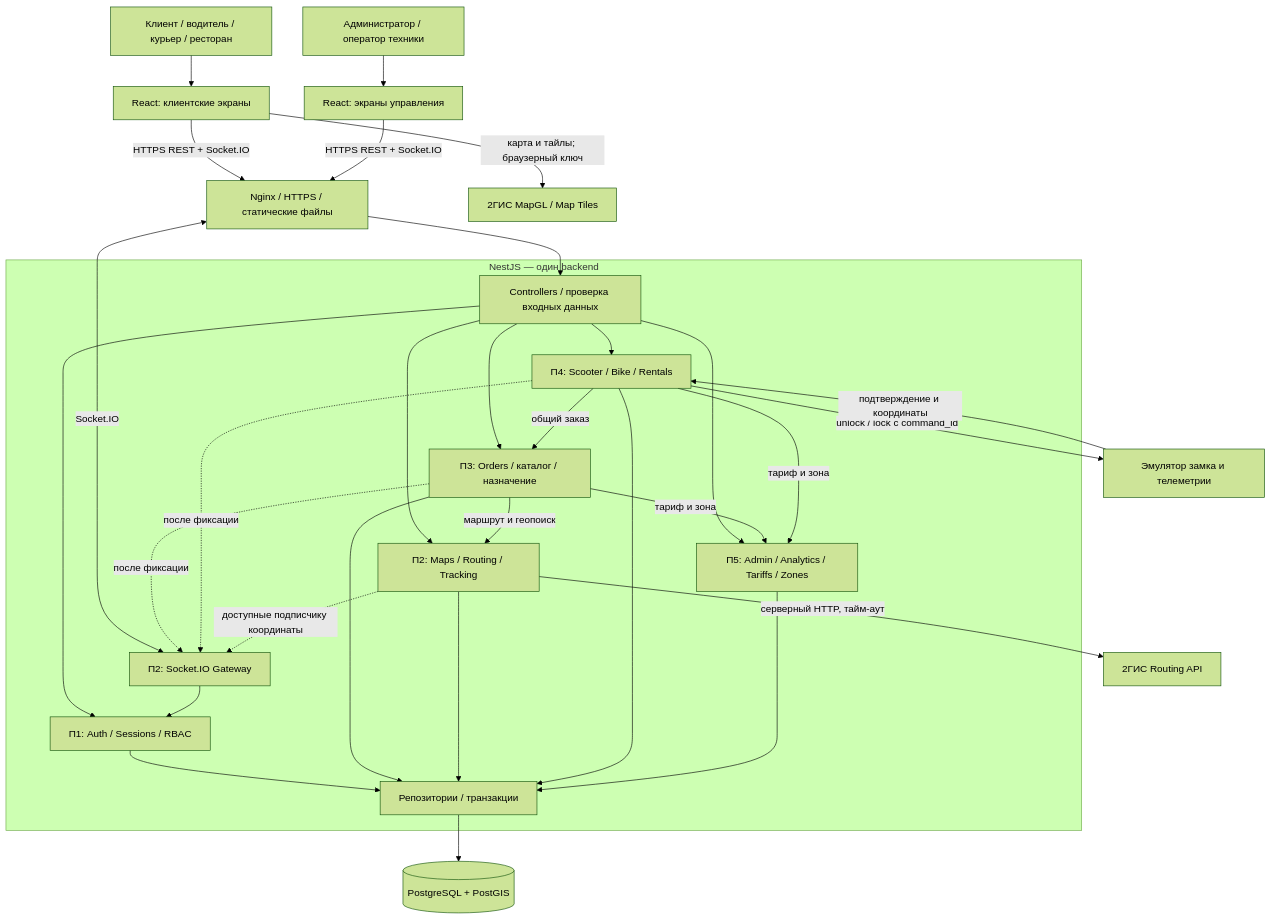
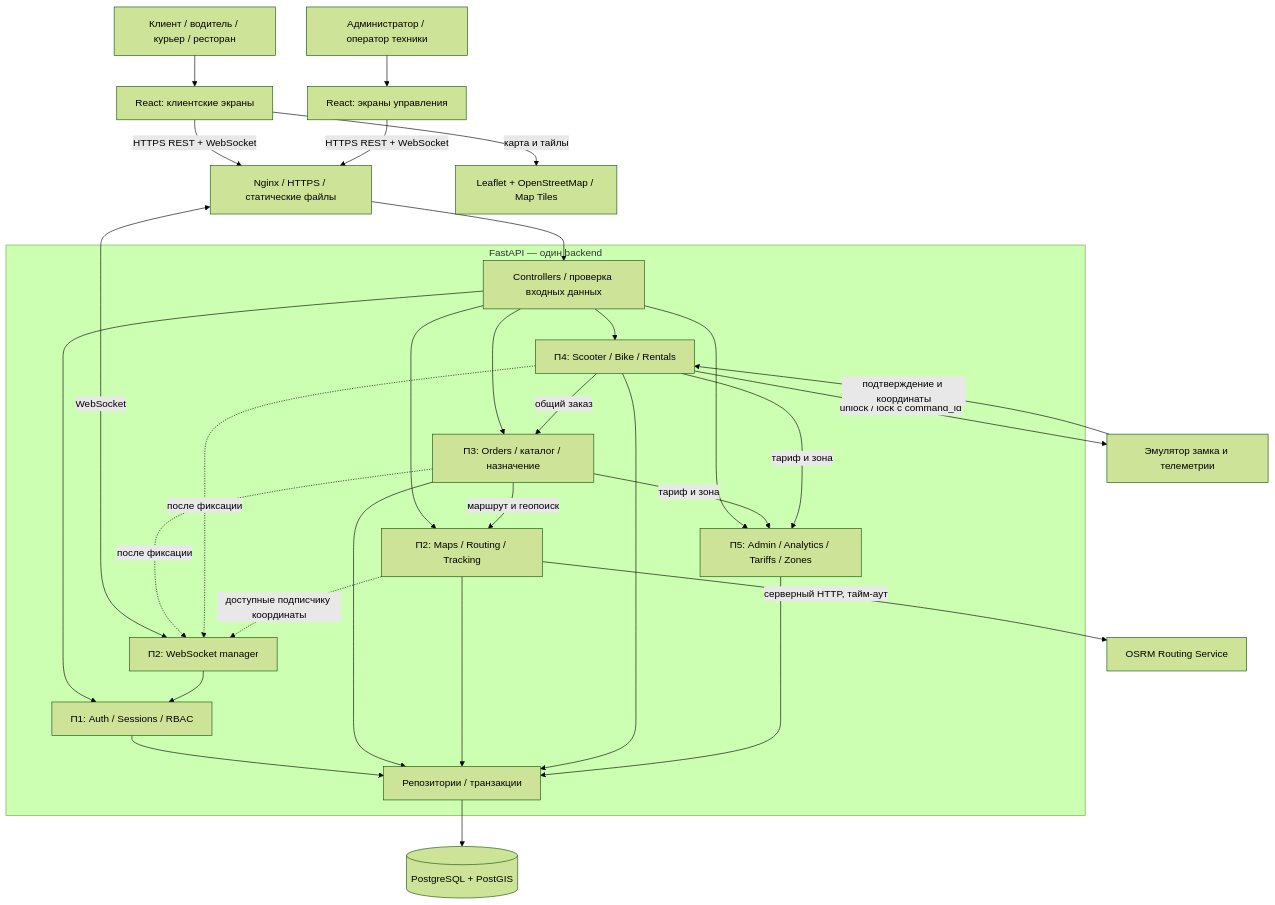
Before and after one commit to Akira-vs96/YaGO: the second of 3 diagrams in docs/week-02/p2/ru/02-system-architecture.md, drawn with Mermaid (forest theme). The commit also changed other lines of this file and 27 other files, not shown here.

````diff
--- a/docs/week-02/p2/ru/02-system-architecture.md
+++ b/docs/week-02/p2/ru/02-system-architecture.md
@@ -43,44 +51,44 @@
 ```mermaid
 flowchart TB
     Client["Клиент / водитель / курьер / ресторан"] --> Web["React: клиентские экраны"]
     Staff["Администратор / оператор техники"] --> AdminUI["React: экраны управления"]
-    Web -->|"HTTPS REST + Socket.IO"| Edge["Nginx / HTTPS / статические файлы"]
-    AdminUI -->|"HTTPS REST + Socket.IO"| Edge
-    Web -->|"карта и тайлы; браузерный ключ"| MapGL["2ГИС MapGL / Map Tiles"]
+    Web -->|"HTTPS REST + WebSocket"| Edge["Nginx / HTTPS / статические файлы"]
+    AdminUI -->|"HTTPS REST + WebSocket"| Edge
+    Web -->|"карта и тайлы"| MapTiles["Leaflet + OpenStreetMap / Map Tiles"]
 
-    subgraph Backend["NestJS — один backend"]
+    subgraph Backend["FastAPI — один backend"]
         API["Controllers / проверка входных данных"]
         Auth["П1: Auth / Sessions / RBAC"]
         Orders["П3: Orders / каталог / назначение"]
         Maps["П2: Maps / Routing / Tracking"]
         Rentals["П4: Scooter / Bike / Rentals"]
         Admin["П5: Admin / Analytics / Tariffs / Zones"]
-        RT["П2: Socket.IO Gateway"]
+        RT["П2: WebSocket manager"]
         Storage["Репозитории / транзакции"]
     end
 
     Edge --> API
-    Edge <-->|"Socket.IO"| RT
+    Edge <-->|"WebSocket"| RT
     API --> Auth
     RT --> Auth
     API --> Orders
     API --> Maps
     API --> Rentals
     API --> Admin
     Orders -->|"маршрут и геопоиск"| Maps
     Rentals -->|"общий заказ"| Orders
     Orders -->|"тариф и зона"| Admin
     Rentals -->|"тариф и зона"| Admin
-    Maps -->|"серверный HTTP, тайм-аут"| Routing["2ГИС Routing API"]
+    Maps -->|"серверный HTTP, тайм-аут"| Routing["OSRM Routing Service"]
     Rentals -->|"unlock / lock с command_id"| Emulator["Эмулятор замка и телеметрии"]
     Emulator -->|"подтверждение и координаты"| Rentals
     Auth --> Storage
     Orders --> Storage
     Maps --> Storage
     Rentals --> Storage
     Admin --> Storage
     Storage --> DB[("PostgreSQL + PostGIS")]
     Orders -.->|"после фиксации"| RT
     Rentals -.->|"после фиксации"| RT
     Maps -.->|"доступные подписчику координаты"| RT
 ```
````
